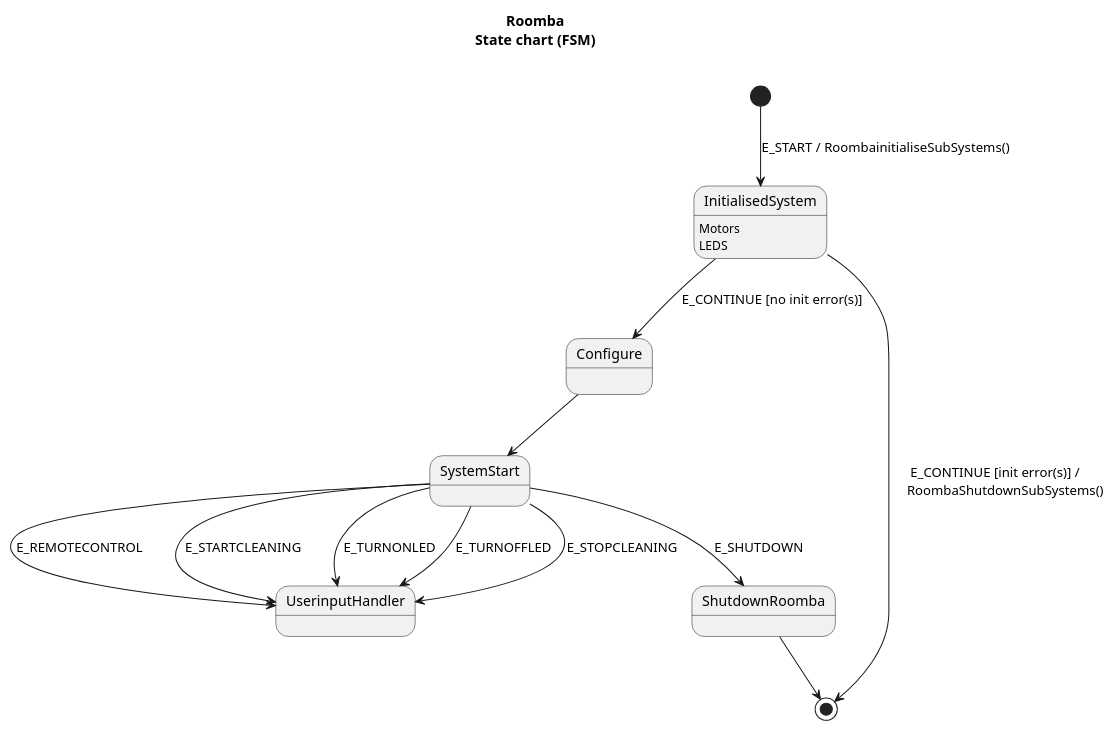
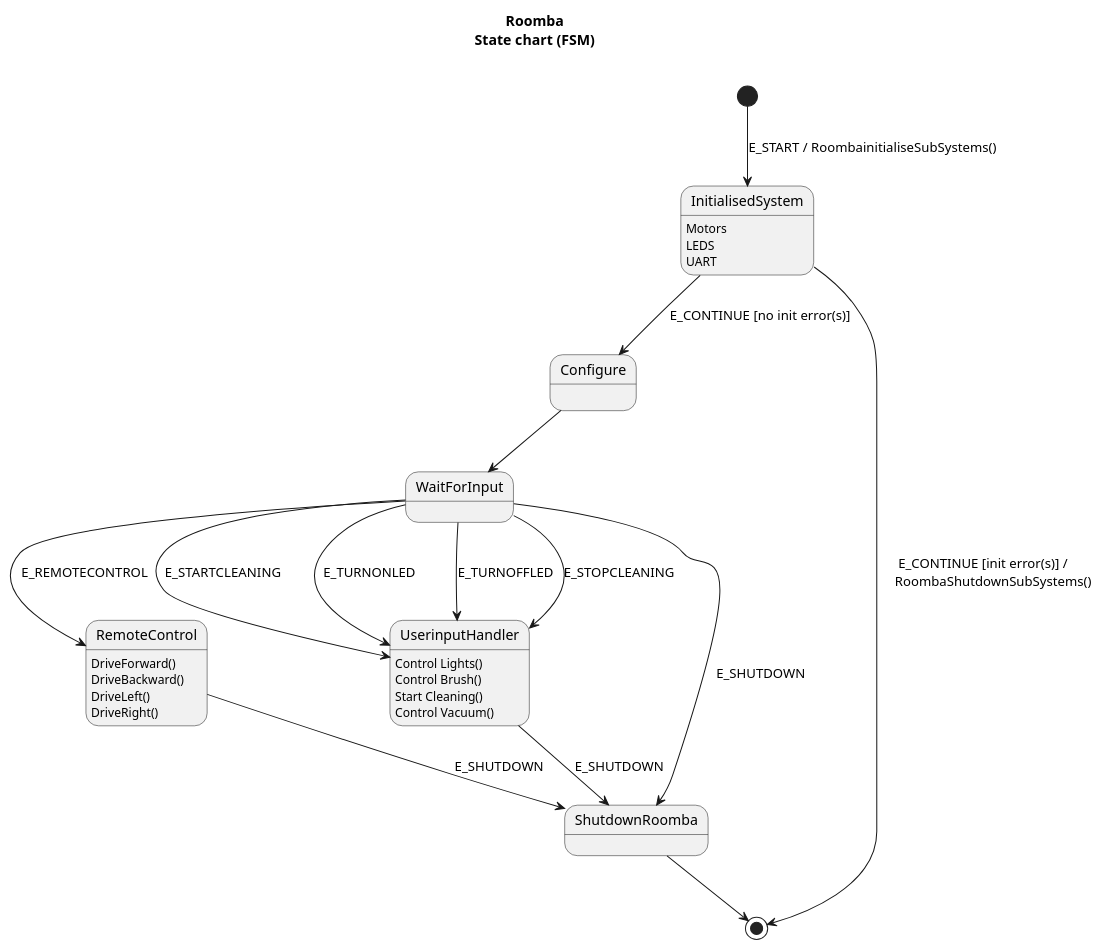
Before and after one commit to Hoog-V/Roomba_project_cpp: the diagram in Documentatie/Diagrammen/Roomba state diagram.puml, drawn with PlantUML. The commit also changed 3 other files, not shown here.

Commit message:
-enh state diagram & use case diagram

```diff
--- a/Documentatie/Diagrammen/Roomba state diagram.puml
+++ b/Documentatie/Diagrammen/Roomba state diagram.puml
@@ -1,25 +1,39 @@
 @startuml Roomba
 
 
 title Roomba\nState chart (FSM)\n
 
 [*] --> InitialisedSystem : E_START / RoombainitialiseSubSystems()
 InitialisedSystem : Motors
 InitialisedSystem : LEDS
+InitialisedSystem : UART
 
 InitialisedSystem --> Configure : E_CONTINUE [no init error(s)]
 InitialisedSystem --> [*] : E_CONTINUE [init error(s)] / \n     RoombaShutdownSubSystems()
 
 Configure : 
-Configure --> SystemStart 
+Configure --> WaitForInput 
 
-SystemStart --> UserinputHandler : E_REMOTECONTROL
-SystemStart --> UserinputHandler : E_STARTCLEANING
-SystemStart --> UserinputHandler : E_TURNONLED
-SystemStart --> UserinputHandler : E_TURNOFFLED
-SystemStart --> UserinputHandler : E_STOPCLEANING
-SystemStart --> ShutdownRoomba : E_SHUTDOWN
+WaitForInput --> RemoteControl    : E_REMOTECONTROL
+WaitForInput --> UserinputHandler : E_STARTCLEANING
+WaitForInput --> UserinputHandler : E_TURNONLED
+WaitForInput --> UserinputHandler : E_TURNOFFLED
+WaitForInput --> UserinputHandler : E_STOPCLEANING
+WaitForInput --> ShutdownRoomba   : E_SHUTDOWN
+
+RemoteControl : DriveForward()
+RemoteControl : DriveBackward()
+RemoteControl : DriveLeft() 
+RemoteControl : DriveRight()
+RemoteControl --> ShutdownRoomba   : E_SHUTDOWN
+
+UserinputHandler : Control Lights()
+UserinputHandler : Control Brush()
+UserinputHandler : Start Cleaning()
+UserinputHandler : Control Vacuum()
+
+UserinputHandler --> ShutdownRoomba : E_SHUTDOWN
 
 ShutdownRoomba -->  [*]
 
 @enduml
```
